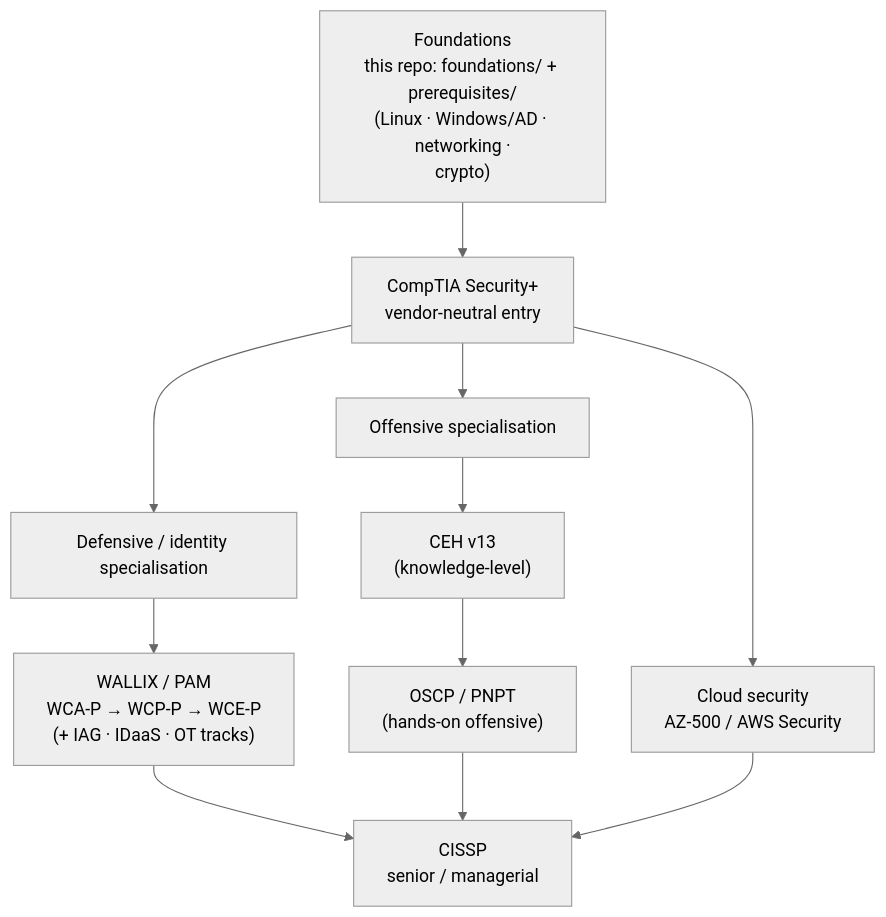
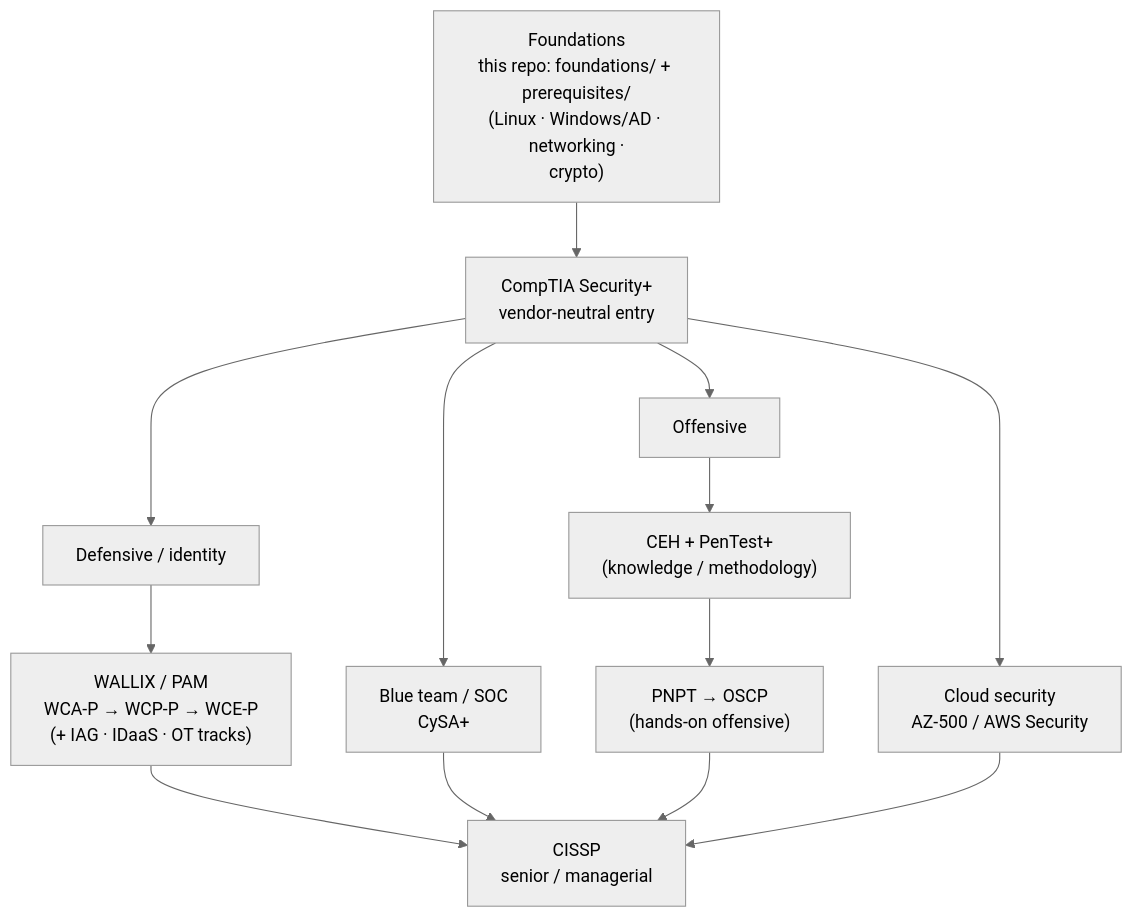
Before and after one commit to morandeirachema/WallixCerts: the diagram in learning/roadmap.md, drawn with Mermaid (neutral theme). The commit also changed other lines of this file and 51 other files, not shown here.

First line of the commit message:
Add four more full cert hubs: CySA+, PenTest+, OSCP, PNPT

````diff
--- a/learning/roadmap.md
+++ b/learning/roadmap.md
@@ -19,13 +19,15 @@
 ```mermaid
 flowchart TD
     F["Foundations<br/>this repo: foundations/ + prerequisites/<br/>(Linux · Windows/AD · networking ·<br/>crypto)"] --> SP["CompTIA Security+<br/>vendor-neutral entry"]
-    SP --> DEF["Defensive / identity specialisation"]
-    SP --> OFF["Offensive specialisation"]
+    SP --> DEF["Defensive / identity"]
+    SP --> SOC["Blue team / SOC<br/>CySA+"]
+    SP --> OFF["Offensive"]
     SP --> CLOUD["Cloud security<br/>AZ-500 / AWS Security"]
     DEF --> WALLIX["WALLIX / PAM<br/>WCA-P → WCP-P → WCE-P<br/>(+ IAG · IDaaS · OT tracks)"]
-    OFF --> CEH["CEH v13<br/>(knowledge-level)"]
-    CEH --> HANDSON["OSCP / PNPT<br/>(hands-on offensive)"]
+    OFF --> CEH["CEH + PenTest+<br/>(knowledge / methodology)"]
+    CEH --> HANDSON["PNPT → OSCP<br/>(hands-on offensive)"]
     WALLIX --> SENIOR["CISSP<br/>senior / managerial"]
+    SOC --> SENIOR
     HANDSON --> SENIOR
     CLOUD --> SENIOR
 ```
````
